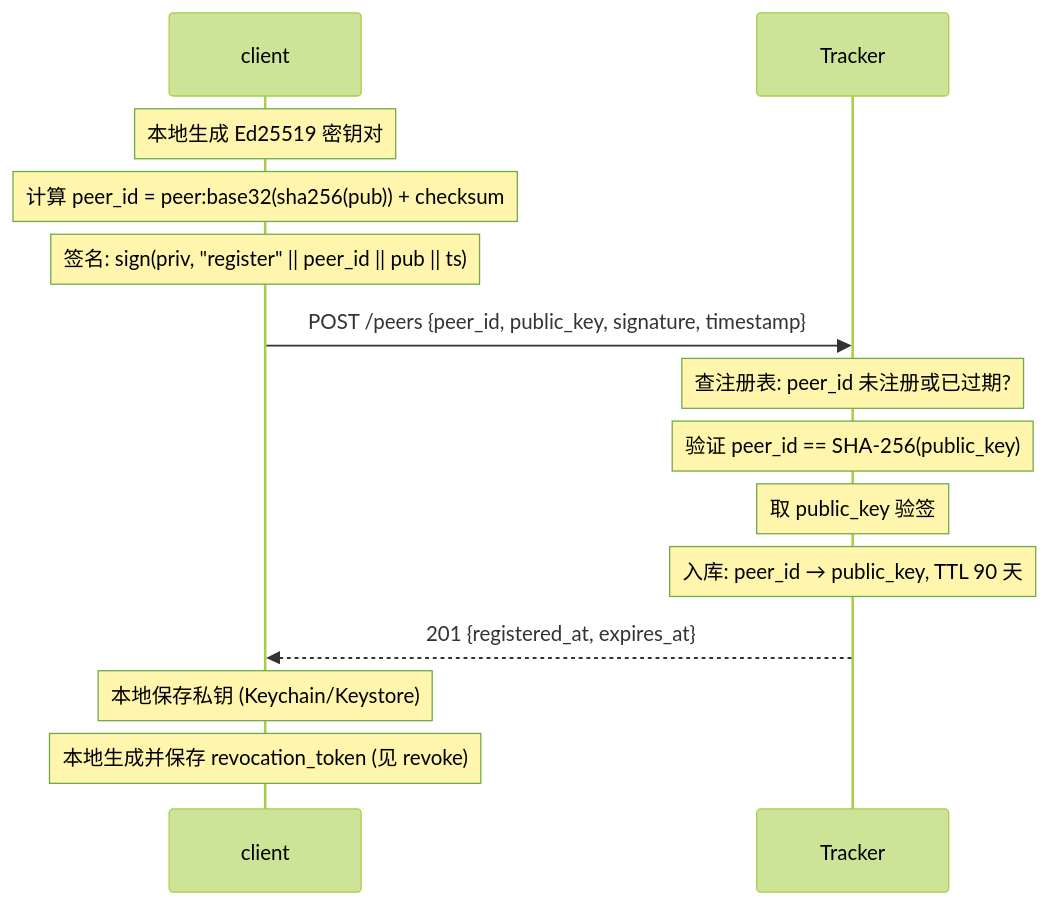
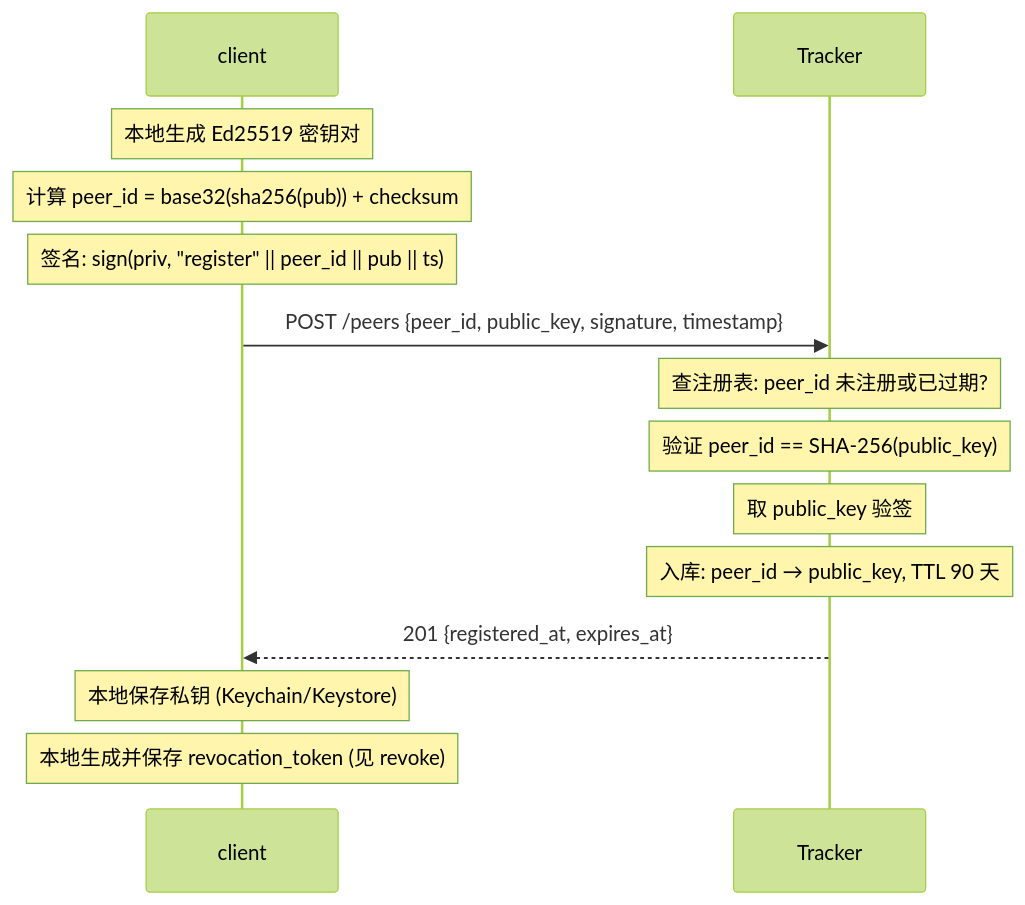
The second of 15 diagrams in docs/design/p2p-overview.md (mivinci/p2p), drawn with Mermaid (forest theme) before and after one commit. The commit also changed other lines of this file, not shown here.

First line of the commit message:
docs(design): drop "peer:" prefix from peer_id

````diff
--- a/docs/design/p2p-overview.md
+++ b/docs/design/p2p-overview.md
@@ -405,17 +405,17 @@
 ```mermaid
 sequenceDiagram
     participant C as client
     participant T as Tracker
 
     Note over C: 本地生成 Ed25519 密钥对
-    Note over C: 计算 peer_id = peer:base32(sha256(pub)) + checksum
+    Note over C: 计算 peer_id = base32(sha256(pub)) + checksum
     Note over C: 签名: sign(priv, "register" || peer_id || pub || ts)
     C->>T: POST /peers {peer_id, public_key, signature, timestamp}
     Note over T: 查注册表: peer_id 未注册或已过期?
     Note over T: 验证 peer_id == SHA-256(public_key)
     Note over T: 取 public_key 验签
     Note over T: 入库: peer_id → public_key, TTL 90 天
     T-->>C: 201 {registered_at, expires_at}
     Note over C: 本地保存私钥 (Keychain/Keystore)
     Note over C: 本地生成并保存 revocation_token (见 revoke)
 ```
````
